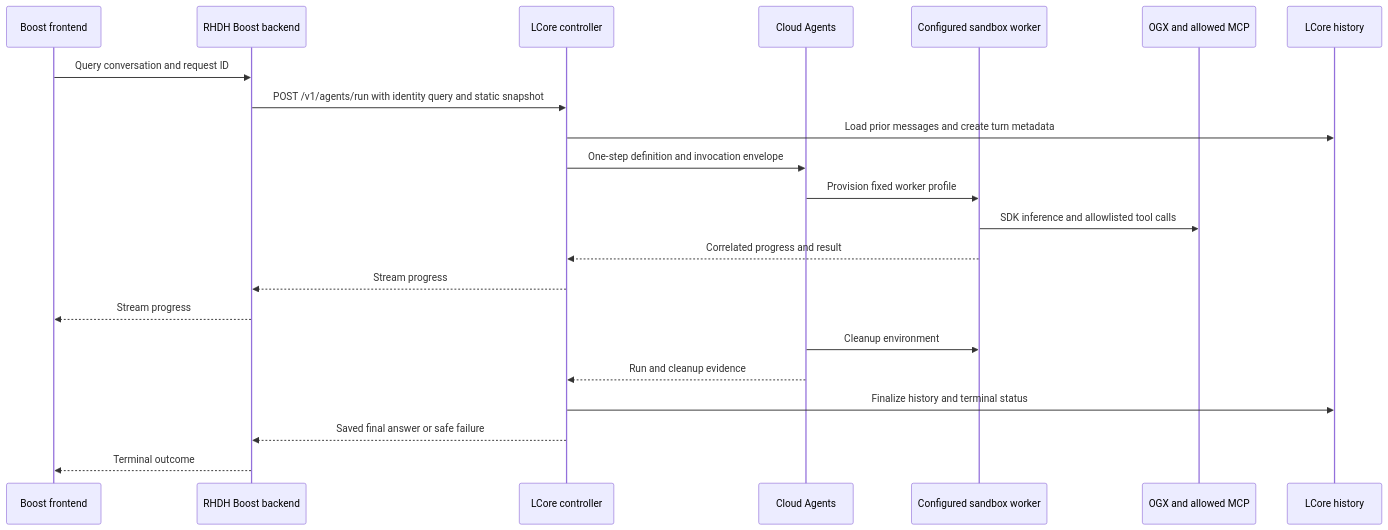
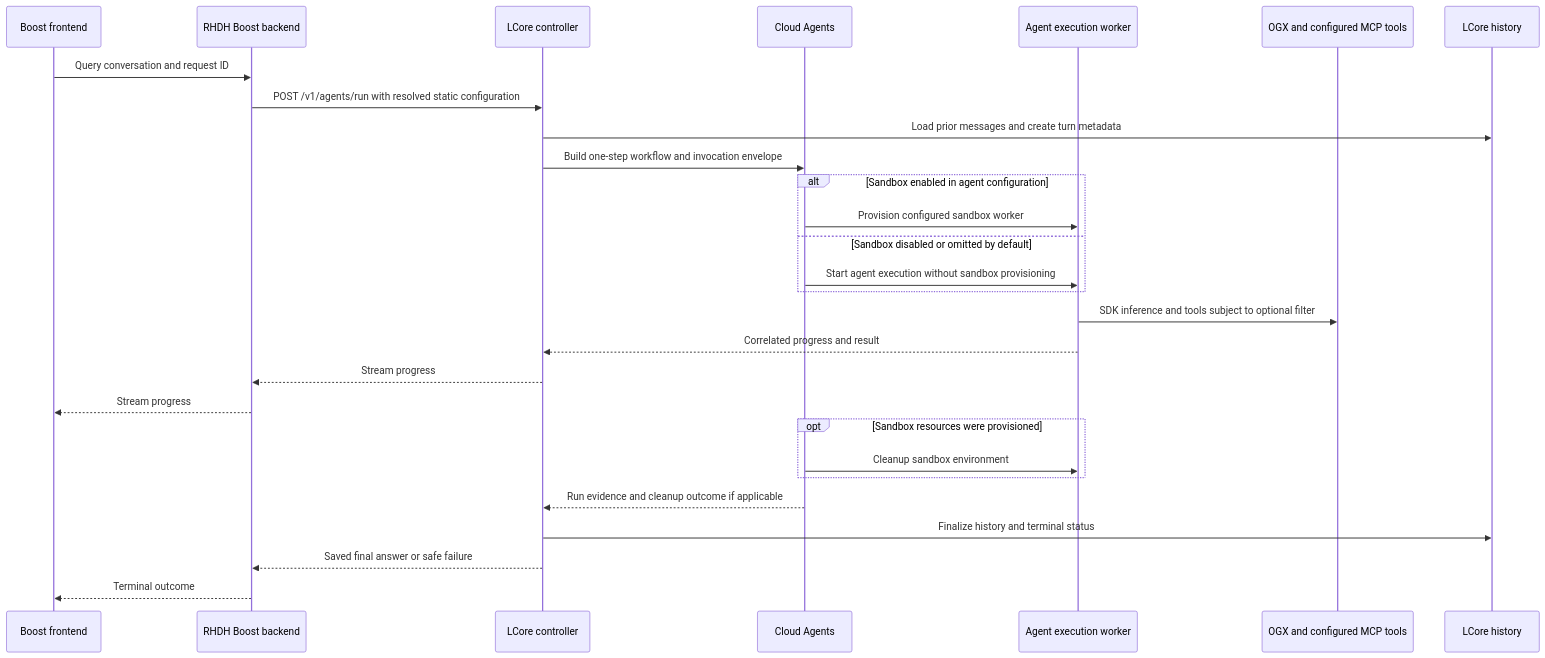
The diagram in diagrams/chat-sequence.md (yangcao77/rhdh-agentic-chat-interface-design), drawn with Mermaid before and after one commit. The commit also changed other lines of this file and 12 other files, not shown here.

````diff
--- a/diagrams/chat-sequence.md
+++ b/diagrams/chat-sequence.md
@@ -3,24 +3,30 @@
 ```mermaid
 sequenceDiagram
   participant UI as Boost frontend
   participant R as RHDH Boost backend
   participant L as LCore controller
   participant C as Cloud Agents
-  participant S as Configured sandbox worker
-  participant O as OGX and allowed MCP
+  participant W as Agent execution worker
+  participant O as OGX and configured MCP tools
   participant H as LCore history
   UI->>R: Query conversation and request ID
-  R->>L: POST /v1/agents/run with identity query and static snapshot
+  R->>L: POST /v1/agents/run with resolved static configuration
   L->>H: Load prior messages and create turn metadata
-  L->>C: One-step definition and invocation envelope
-  C->>S: Provision fixed worker profile
-  S->>O: SDK inference and allowlisted tool calls
-  S-->>L: Correlated progress and result
+  L->>C: Build one-step workflow and invocation envelope
+  alt Sandbox enabled in agent configuration
+    C->>W: Provision configured sandbox worker
+  else Sandbox disabled or omitted by default
+    C->>W: Start agent execution without sandbox provisioning
+  end
+  W->>O: SDK inference and tools subject to optional filter
+  W-->>L: Correlated progress and result
   L-->>R: Stream progress
   R-->>UI: Stream progress
-  C->>S: Cleanup environment
-  C-->>L: Run and cleanup evidence
+  opt Sandbox resources were provisioned
+    C->>W: Cleanup sandbox environment
+  end
+  C-->>L: Run evidence and cleanup outcome if applicable
   L->>H: Finalize history and terminal status
   L-->>R: Saved final answer or safe failure
   R-->>UI: Terminal outcome
 ```
````
